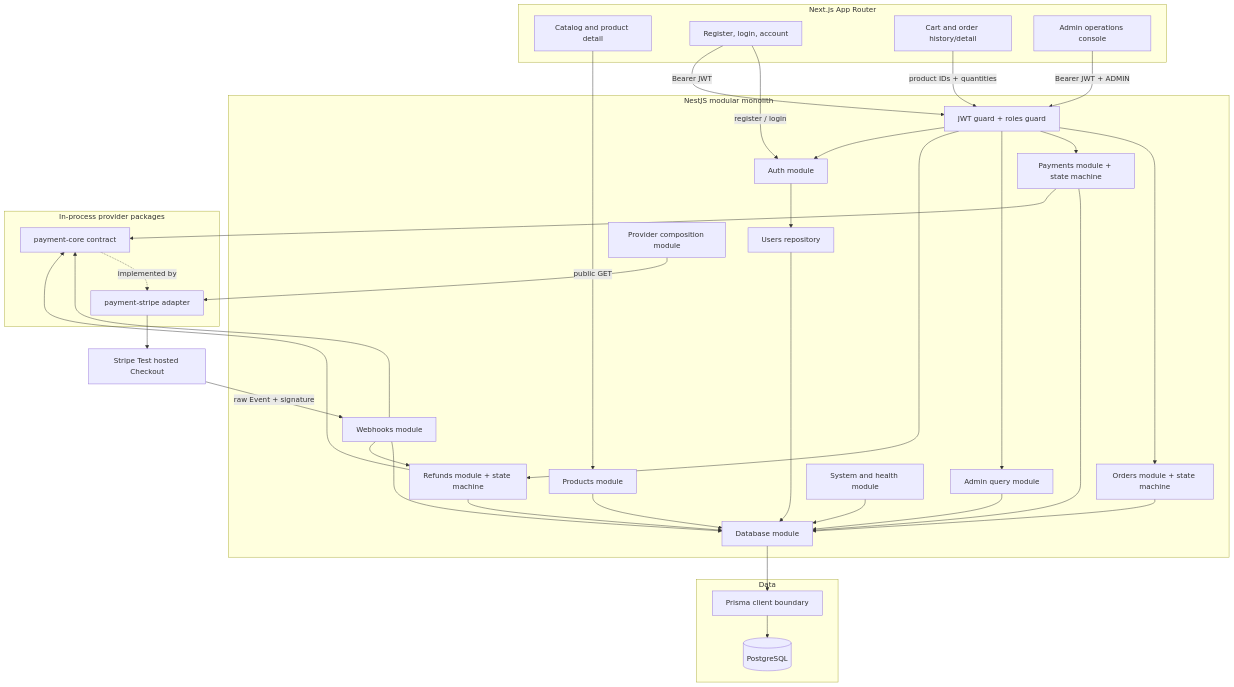
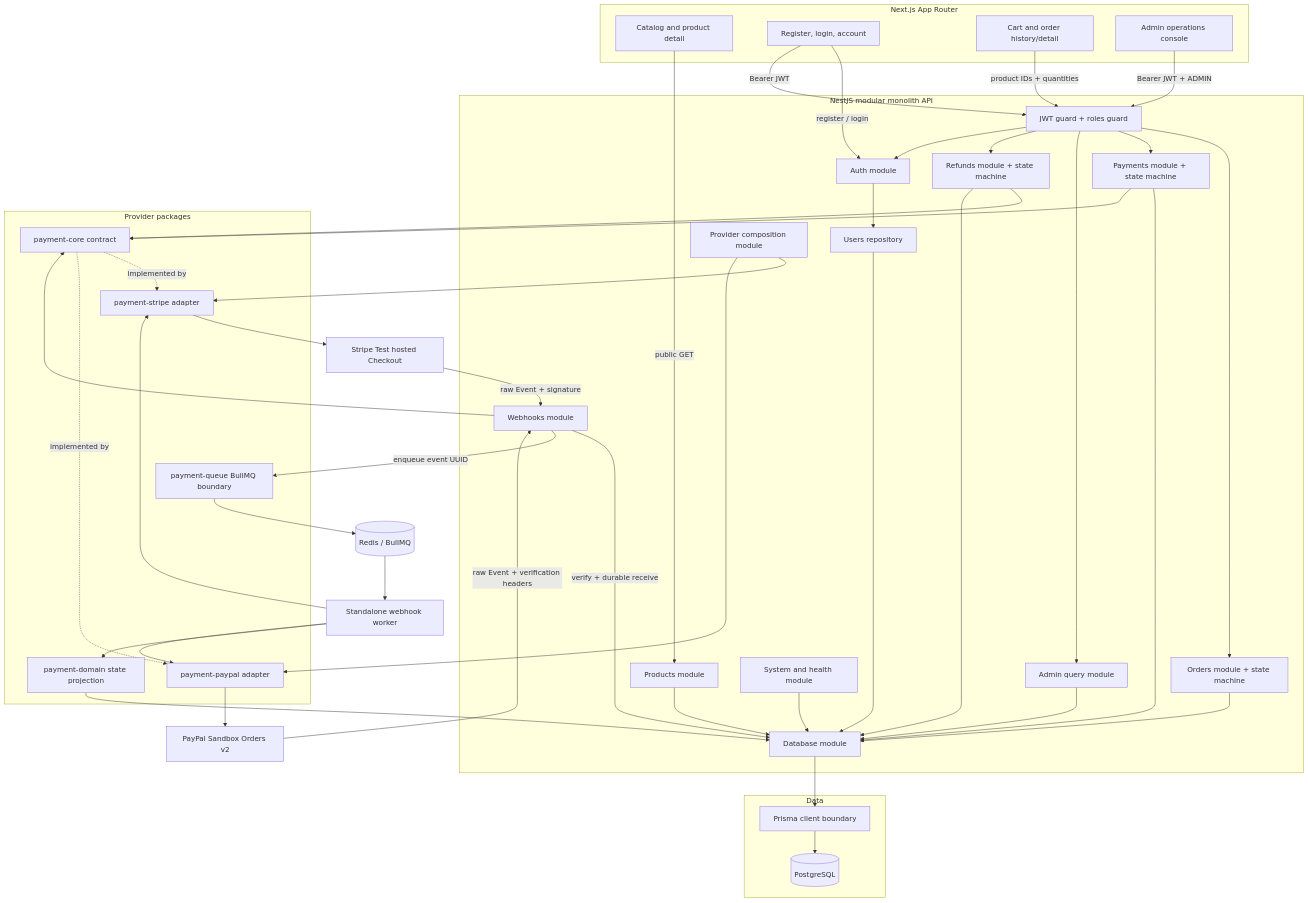
One commit to tianhao8687/payflow changed the diagram in docs/architecture.md. Above: the diagram before and after it, drawn with Mermaid. The commit also changed other lines of this file and 106 other files, not shown here.

Commit message:
feat: implement stage 8 PayPal queue worker

````diff
--- a/docs/architecture.md
+++ b/docs/architecture.md
@@ -9,63 +11,78 @@
 ```mermaid
 flowchart TB
   subgraph Client[Next.js App Router]
     Catalog[Catalog and product detail]
     AuthUI[Register, login, account]
     Cart[Cart and order history/detail]
     AdminUI[Admin operations console]
   end
 
-  subgraph ModularMonolith[NestJS modular monolith]
+  subgraph API[NestJS modular monolith API]
     Auth[Auth module]
     Users[Users repository]
     Products[Products module]
     Orders[Orders module + state machine]
     Payments[Payments module + state machine]
     ProviderComposition[Provider composition module]
     Webhooks[Webhooks module]
     Refunds[Refunds module + state machine]
     Admin[Admin query module]
     Guards[JWT guard + roles guard]
     System[System and health module]
     DatabaseModule[Database module]
   end
 
-  subgraph ProviderPackages[In-process provider packages]
+  subgraph ProviderPackages[Provider packages]
     PaymentCore[payment-core contract]
     StripeProvider[payment-stripe adapter]
+    PayPalProvider[payment-paypal adapter]
+    PaymentDomain[payment-domain state projection]
+    PaymentQueue[payment-queue BullMQ boundary]
   end
+
+  Worker[Standalone webhook worker]
+  Redis[(Redis / BullMQ)]
 
   subgraph Data
     Prisma[Prisma client boundary]
     Postgres[(PostgreSQL)]
   end
 
   Catalog -->|public GET| Products
   Cart -->|product IDs + quantities| Guards
   Guards --> Orders
   Guards --> Payments
   AuthUI -->|register / login| Auth
   AuthUI -->|Bearer JWT| Guards
   AdminUI -->|Bearer JWT + ADMIN| Guards
   Guards --> Admin
   Guards --> Refunds
   Guards --> Auth
   Auth --> Users
   Products --> DatabaseModule
   Orders --> DatabaseModule
   Payments --> DatabaseModule
   Payments --> PaymentCore
   Refunds --> PaymentCore
   Webhooks --> PaymentCore
   ProviderComposition --> StripeProvider
+  ProviderComposition --> PayPalProvider
   PaymentCore -. implemented by .-> StripeProvider
+  PaymentCore -. implemented by .-> PayPalProvider
   StripeProvider --> Stripe[Stripe Test hosted Checkout]
+  PayPalProvider --> PayPal[PayPal Sandbox Orders v2]
   Stripe -->|raw Event + signature| Webhooks
-  Webhooks --> DatabaseModule
-  Webhooks --> Refunds
+  PayPal -->|raw Event + verification headers| Webhooks
+  Webhooks -->|verify + durable receive| DatabaseModule
+  Webhooks -->|enqueue event UUID| PaymentQueue --> Redis
+  Redis --> Worker
+  Worker --> PaymentDomain
+  Worker --> StripeProvider
+  Worker --> PayPalProvider
+  PaymentDomain --> DatabaseModule
   Refunds --> DatabaseModule
   Admin --> DatabaseModule
   Users --> DatabaseModule
   System --> DatabaseModule
   DatabaseModule --> Prisma --> Postgres
 ```
````
